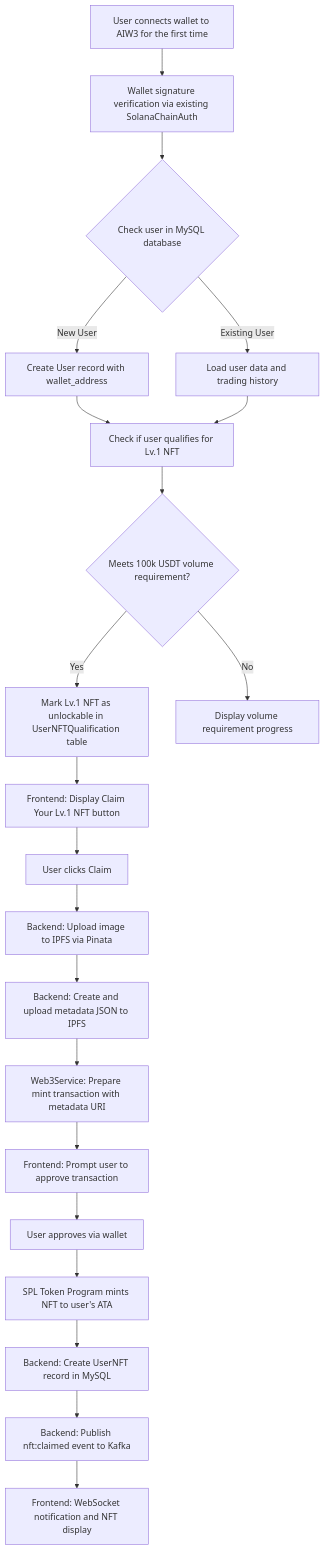
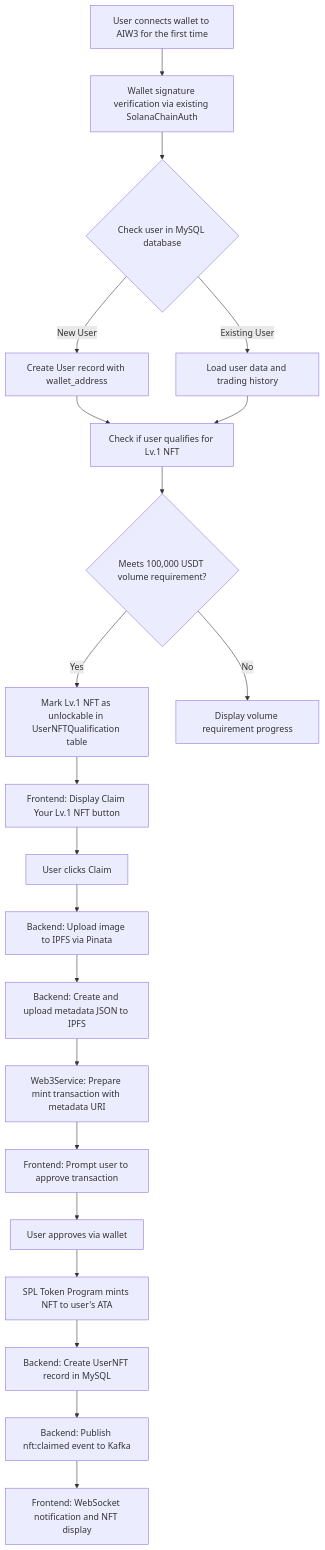
One commit to ljg-cqu/aiw3-nft-solana changed the second of 4 diagrams in docs/AIW3-NFT-Implementation-Guide.md. Above: the diagram before and after it, drawn with Mermaid. The commit also changed other lines of this file, not shown here.

Commit message:
docs: update trading volume requirements with proper number formatting

````diff
--- a/docs/AIW3-NFT-Implementation-Guide.md
+++ b/docs/AIW3-NFT-Implementation-Guide.md
@@ -249,23 +249,23 @@
 ```mermaid
 flowchart TD
     A[User connects wallet to AIW3 for the first time] --> B[Wallet signature verification via existing SolanaChainAuth]
     B --> C{Check user in MySQL database}
     C -->|New User| D[Create User record with wallet_address]
     C -->|Existing User| E[Load user data and trading history]
     D --> F[Check if user qualifies for Lv.1 NFT]
     E --> F
-    F --> G{Meets 100k USDT volume requirement?}
+    F --> G{Meets 100,000 USDT volume requirement?}
     G -->|Yes| H[Mark Lv.1 NFT as unlockable in UserNFTQualification table]
     G -->|No| I[Display volume requirement progress]
     H --> J[Frontend: Display Claim Your Lv.1 NFT button]
     J --> K[User clicks Claim]
     K --> L[Backend: Upload image to IPFS via Pinata]
     L --> M[Backend: Create and upload metadata JSON to IPFS]
     M --> N[Web3Service: Prepare mint transaction with metadata URI]
     N --> O[Frontend: Prompt user to approve transaction]
     O --> P[User approves via wallet]
     P --> Q[SPL Token Program mints NFT to user's ATA]
     Q --> R[Backend: Create UserNFT record in MySQL]
     R --> S[Backend: Publish nft:claimed event to Kafka]
     S --> T[Frontend: WebSocket notification and NFT display]
 ```
````
